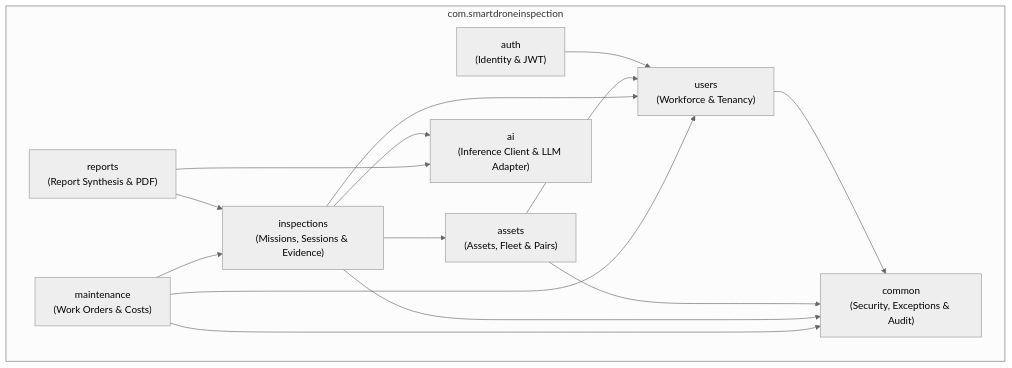
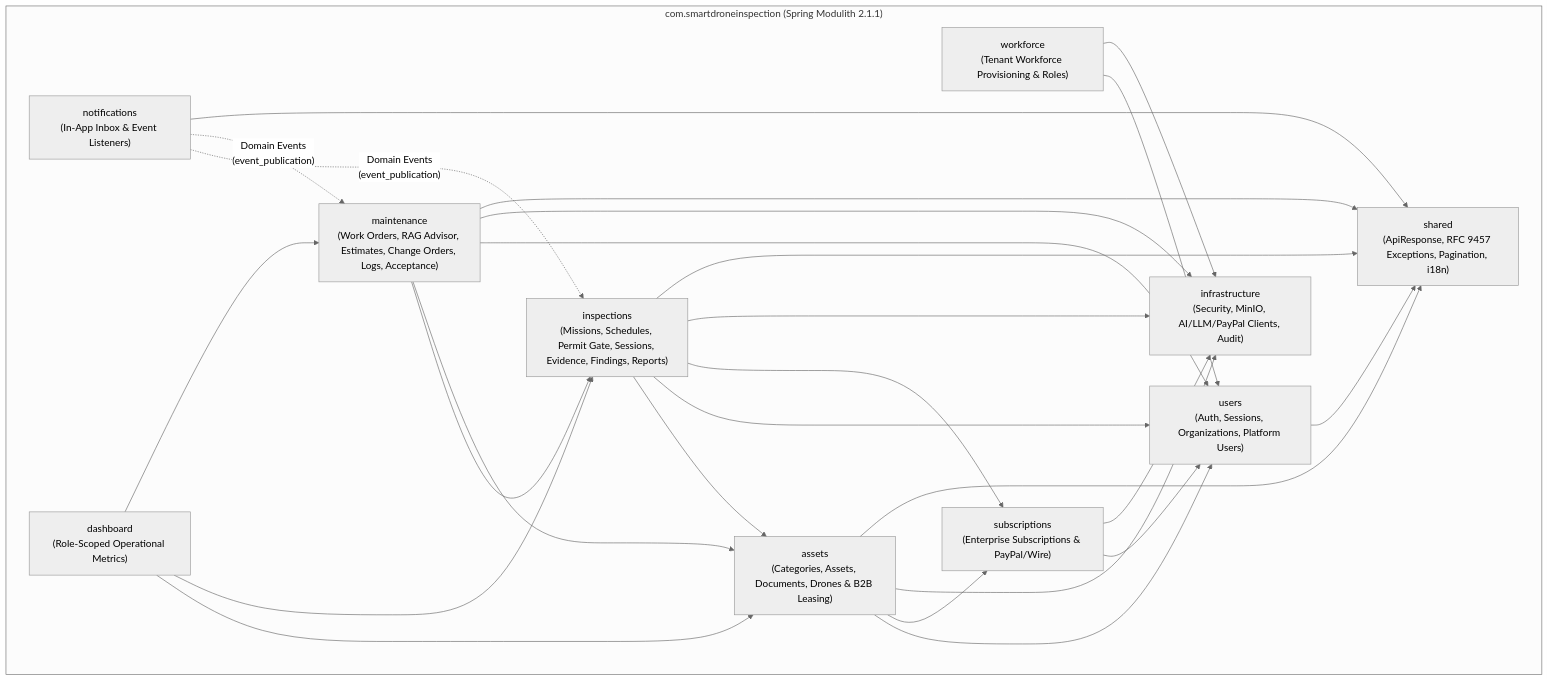
One commit to tungbach12/SmartDroneInspection-Docs changed the second of 2 diagrams in reports/report-4-software-design-document/01-system-design.md. Above: the diagram before and after it, drawn with Mermaid (neutral theme). The commit also changed other lines of this file and 155 other files, not shown here.

````diff
--- a/reports/report-4-software-design-document/01-system-design.md
+++ b/reports/report-4-software-design-document/01-system-design.md
@@ -75,28 +89,42 @@
 ```mermaid
 %% title: Backend Subsystem Package Diagram
 flowchart TD
-  subgraph com.smartdroneinspection
-    AUTH["auth\n(Identity & JWT)"]
-    USERS["users\n(Workforce & Tenancy)"]
-    ASSETS["assets\n(Assets, Fleet & Pairs)"]
-    INSPECTIONS["inspections\n(Missions, Sessions & Evidence)"]
-    AI["ai\n(Inference Client & LLM Adapter)"]
-    REPORTS["reports\n(Report Synthesis & PDF)"]
-    MAINTENANCE["maintenance\n(Work Orders & Costs)"]
-    COMMON["common\n(Security, Exceptions & Audit)"]
+  subgraph com.smartdroneinspection["com.smartdroneinspection (Spring Modulith 2.1.1)"]
+    USERS["users\n(Auth, Sessions, Organizations, Platform Users)"]
+    WORKFORCE["workforce\n(Tenant Workforce Provisioning & Roles)"]
+    SUBSCRIPTIONS["subscriptions\n(Enterprise Subscriptions & PayPal/Wire)"]
+    ASSETS["assets\n(Categories, Assets, Documents, Drones & B2B Leasing)"]
+    INSPECTIONS["inspections\n(Missions, Schedules, Permit Gate, Sessions, Evidence, Findings, Reports)"]
+    MAINTENANCE["maintenance\n(Work Orders, RAG Advisor, Estimates, Change Orders, Logs, Acceptance)"]
+    NOTIFICATIONS["notifications\n(In-App Inbox & Event Listeners)"]
+    DASHBOARD["dashboard\n(Role-Scoped Operational Metrics)"]
+    INFRASTRUCTURE["infrastructure\n(Security, MinIO, AI/LLM/PayPal Clients, Audit)"]
+    SHARED["shared\n(ApiResponse, RFC 9457 Exceptions, Pagination, i18n)"]
   end
 
-  AUTH --> USERS
-  USERS --> COMMON
+  WORKFORCE --> USERS
+  WORKFORCE --> INFRASTRUCTURE
+  SUBSCRIPTIONS --> USERS
+  SUBSCRIPTIONS --> INFRASTRUCTURE
   ASSETS --> USERS
-  ASSETS --> COMMON
+  ASSETS --> SUBSCRIPTIONS
+  ASSETS --> INFRASTRUCTURE
   INSPECTIONS --> ASSETS
   INSPECTIONS --> USERS
-  INSPECTIONS --> AI
-  INSPECTIONS --> COMMON
-  REPORTS --> INSPECTIONS
-  REPORTS --> AI
+  INSPECTIONS --> SUBSCRIPTIONS
+  INSPECTIONS --> INFRASTRUCTURE
   MAINTENANCE --> INSPECTIONS
+  MAINTENANCE --> ASSETS
   MAINTENANCE --> USERS
-  MAINTENANCE --> COMMON
+  MAINTENANCE --> INFRASTRUCTURE
+  NOTIFICATIONS -.->|"Domain Events\n(event_publication)"| INSPECTIONS
+  NOTIFICATIONS -.->|"Domain Events\n(event_publication)"| MAINTENANCE
+  DASHBOARD --> ASSETS
+  DASHBOARD --> INSPECTIONS
+  DASHBOARD --> MAINTENANCE
+  USERS --> SHARED
+  ASSETS --> SHARED
+  INSPECTIONS --> SHARED
+  MAINTENANCE --> SHARED
+  NOTIFICATIONS --> SHARED
 ```
````
